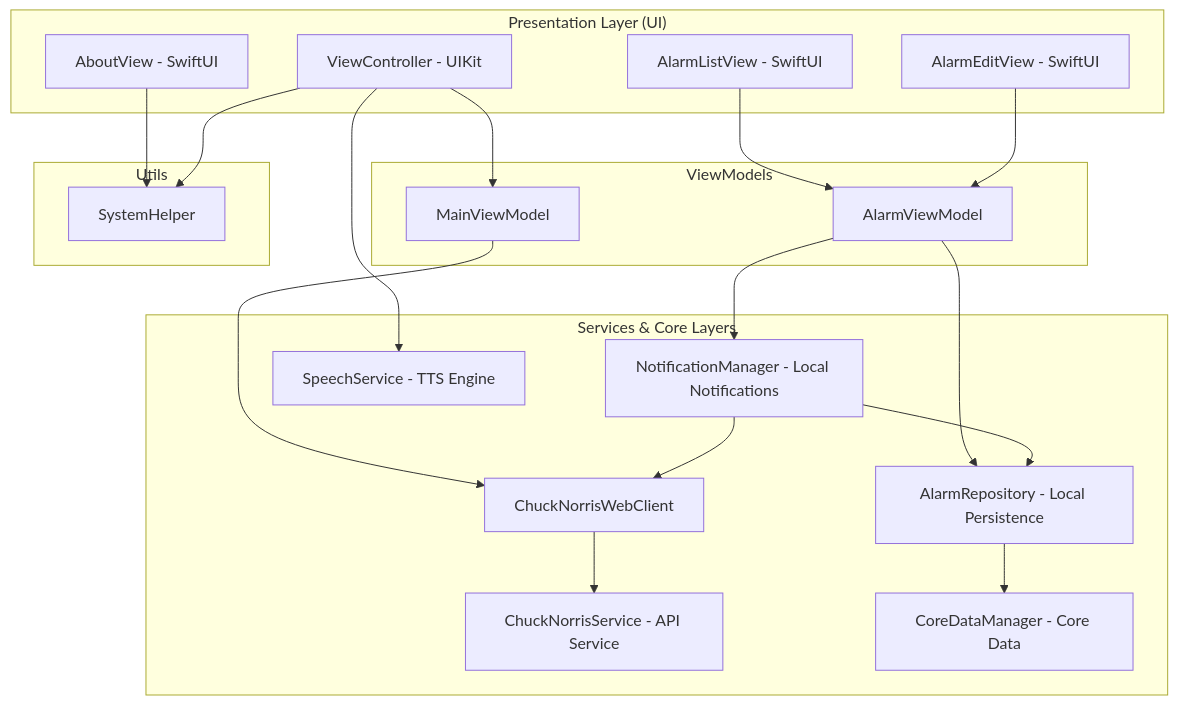
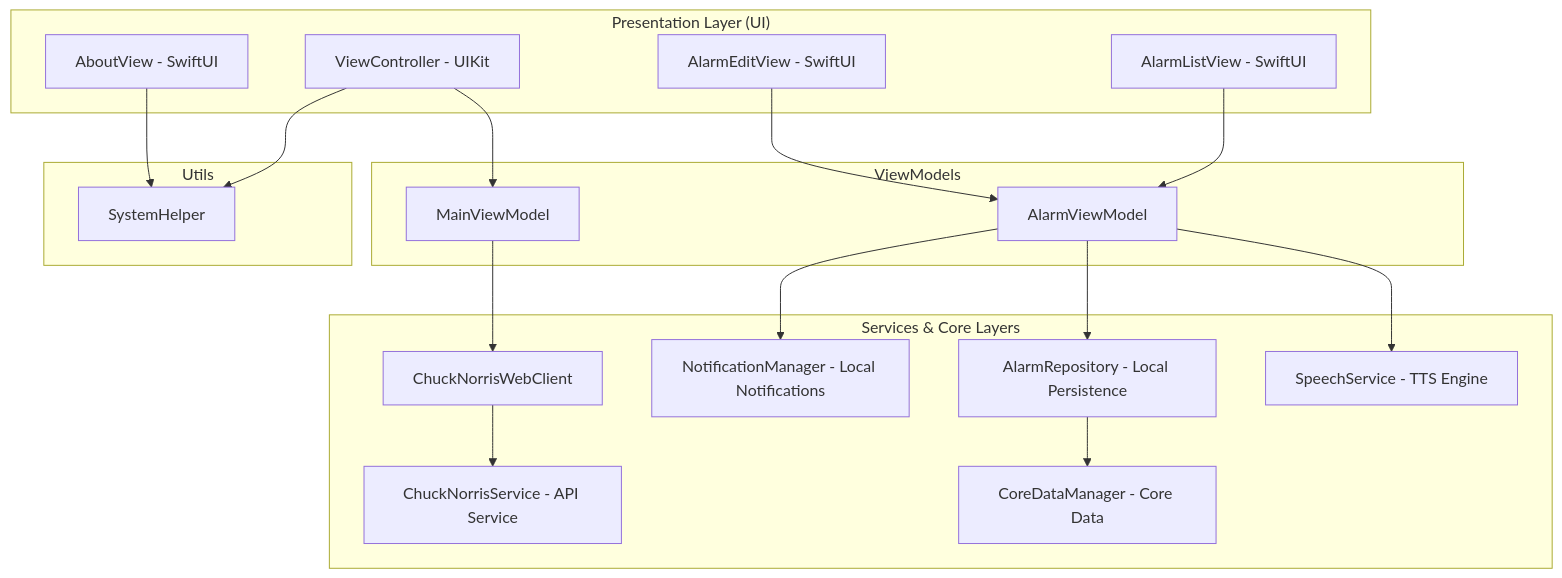
Before and after one commit to MatheusHenAlmeida/ChuckNorrisApp: the diagram in README.md, drawn with Mermaid. The commit also changed 1 other file, not shown here.

````diff
--- a/README.md
+++ b/README.md
@@ -25,46 +25,44 @@
 ```mermaid
 graph TD
     subgraph UI ["Presentation Layer (UI)"]
         VC[ViewController - UIKit]
         ALV[AlarmListView - SwiftUI]
         AEV[AlarmEditView - SwiftUI]
         AV[AboutView - SwiftUI]
     end
     
     subgraph ViewModels ["ViewModels"]
         MVM[MainViewModel]
         AVM[AlarmViewModel]
     end
     
     subgraph Services ["Services & Core Layers"]
         CS[ChuckNorrisService - API Service]
         WC[ChuckNorrisWebClient]
         NM[NotificationManager - Local Notifications]
         AR[AlarmRepository - Local Persistence]
         CD[CoreDataManager - Core Data]
         SS[SpeechService - TTS Engine]
     end
     
     subgraph Utils ["Utils"]
         SH[SystemHelper]
     end
 
     %% UI to ViewModel / Helper relations
     VC --> MVM
-    VC --> SS
+    VC --> SH
     ALV --> AVM
     AEV --> AVM
     AV --> SH
-    VC --> SH
     
     %% ViewModel relations
     MVM --> WC
     AVM --> AR
     AVM --> NM
+    AVM --> SS
     
     %% Service & Data relations
     WC --> CS
-    NM --> WC
-    NM --> AR
     AR --> CD
 ```
````
